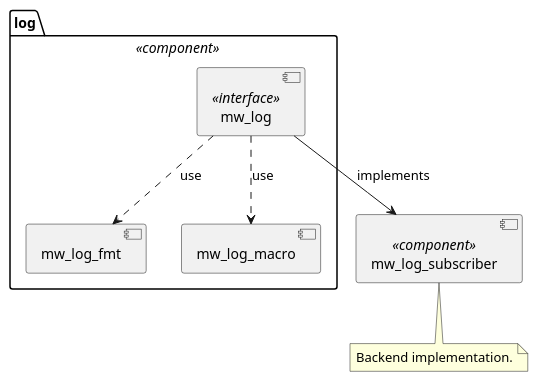
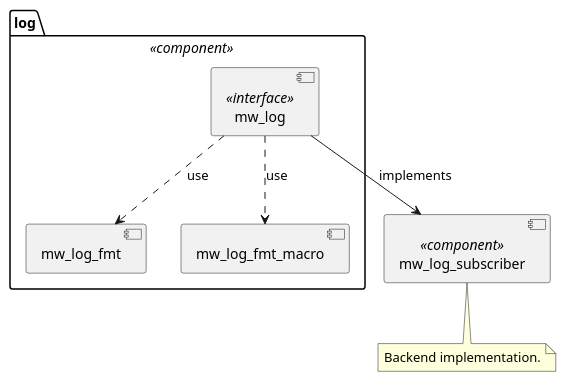
Before and after one commit to qorix-group/baselibs_rust: the diagram in docs/baselibs_rust/log/architecture/_assets/static_view.puml, drawn with PlantUML. The commit also changed 16 other files, not shown here.

First line of the commit message:
log: `mw_log_fmt_macro` implementation

```diff
--- a/docs/baselibs_rust/log/architecture/_assets/static_view.puml
+++ b/docs/baselibs_rust/log/architecture/_assets/static_view.puml
@@ -1,21 +1,21 @@
 @startuml log_static_view
 
 package "log" <<component>> {
     component "mw_log" <<interface>>
 
     component "mw_log_fmt"
 
-    component "mw_log_macro"
+    component "mw_log_fmt_macro"
 
     mw_log ..> mw_log_fmt : use
-    mw_log ..> mw_log_macro : use
+    mw_log ..> mw_log_fmt_macro : use
 }
 
 component "mw_log_subscriber" <<component>>
 note bottom
     Backend implementation.
 end note
 
 mw_log --> mw_log_subscriber : implements
 
 @enduml
```
